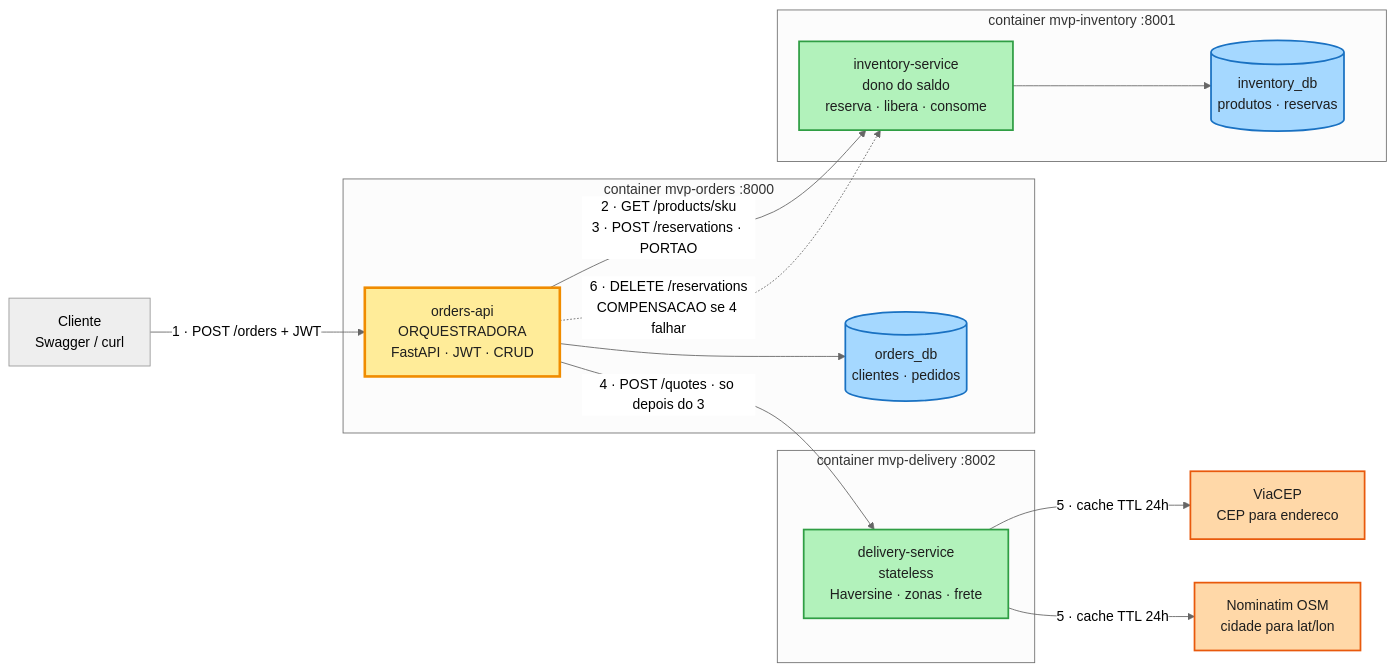
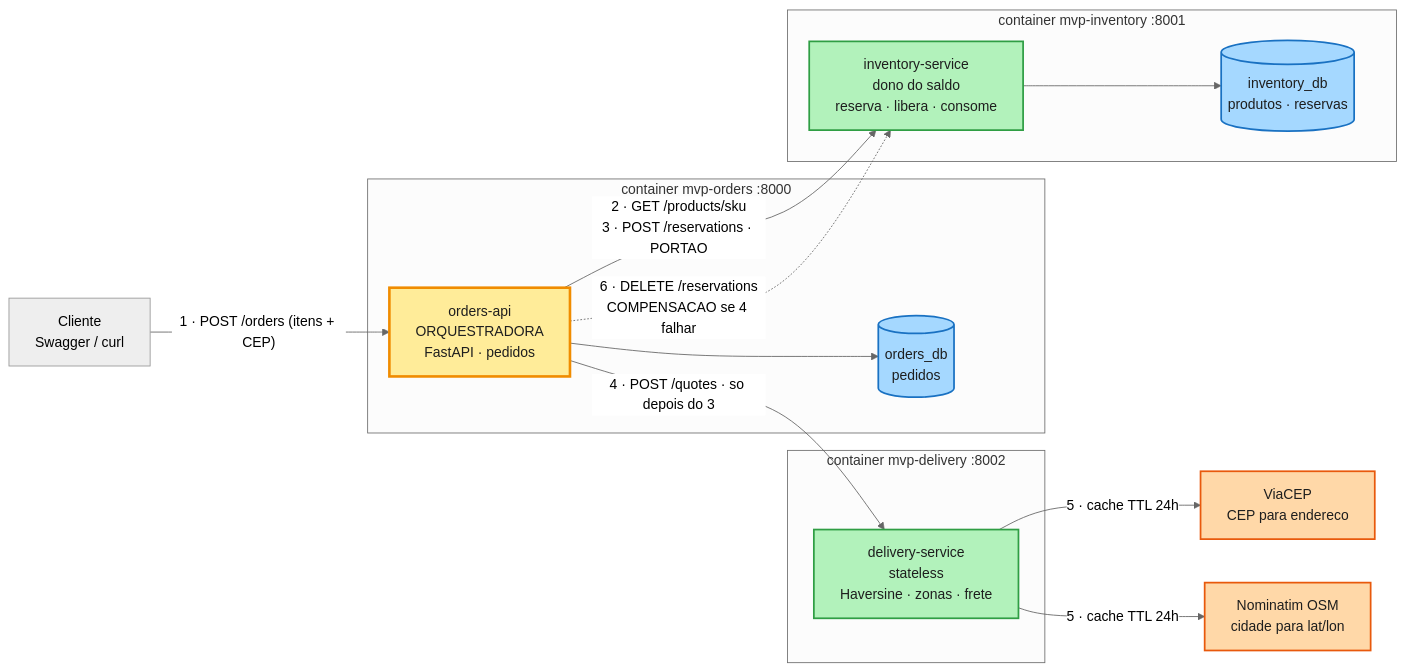
Before and after one commit to MachadoMichael/order: the diagram in docs/fluxo-mermaid.mmd, drawn with Mermaid (neutral theme). The commit also changed 36 other files, not shown here.

```diff
--- a/docs/fluxo-mermaid.mmd
+++ b/docs/fluxo-mermaid.mmd
@@ -1,37 +1,37 @@
 flowchart LR
   U["Cliente<br/>Swagger / curl"]
 
   subgraph SO["container mvp-orders :8000"]
-    P["orders-api<br/>ORQUESTRADORA<br/>FastAPI · JWT · CRUD"]
-    DB1[("orders_db<br/>clientes · pedidos")]
+    P["orders-api<br/>ORQUESTRADORA<br/>FastAPI · pedidos"]
+    DB1[("orders_db<br/>pedidos")]
   end
 
   subgraph SI["container mvp-inventory :8001"]
     I["inventory-service<br/>dono do saldo<br/>reserva · libera · consome"]
     DB2[("inventory_db<br/>produtos · reservas")]
   end
 
   subgraph SD["container mvp-delivery :8002"]
     D["delivery-service<br/>stateless<br/>Haversine · zonas · frete"]
   end
 
   E1["ViaCEP<br/>CEP para endereco"]
   E2["Nominatim OSM<br/>cidade para lat/lon"]
 
-  U -->|"1 · POST /orders + JWT"| P
+  U -->|"1 · POST /orders (itens + CEP)"| P
   P -->|"2 · GET /products/sku<br/>3 · POST /reservations · PORTAO"| I
   P -->|"4 · POST /quotes · so depois do 3"| D
   P -.->|"6 · DELETE /reservations<br/>COMPENSACAO se 4 falhar"| I
   P --> DB1
   I --> DB2
   D -->|"5 · cache TTL 24h"| E1
   D -->|"5 · cache TTL 24h"| E2
 
   classDef mine fill:#b2f2bb,stroke:#2f9e44,stroke-width:2px,color:#1e1e1e
   classDef orch fill:#ffec99,stroke:#f08c00,stroke-width:3px,color:#1e1e1e
   classDef db fill:#a5d8ff,stroke:#1971c2,stroke-width:2px,color:#1e1e1e
   classDef ext fill:#ffd8a8,stroke:#e8590c,stroke-width:2px,color:#1e1e1e
   class P orch
   class I,D mine
   class DB1,DB2 db
   class E1,E2 ext
```
